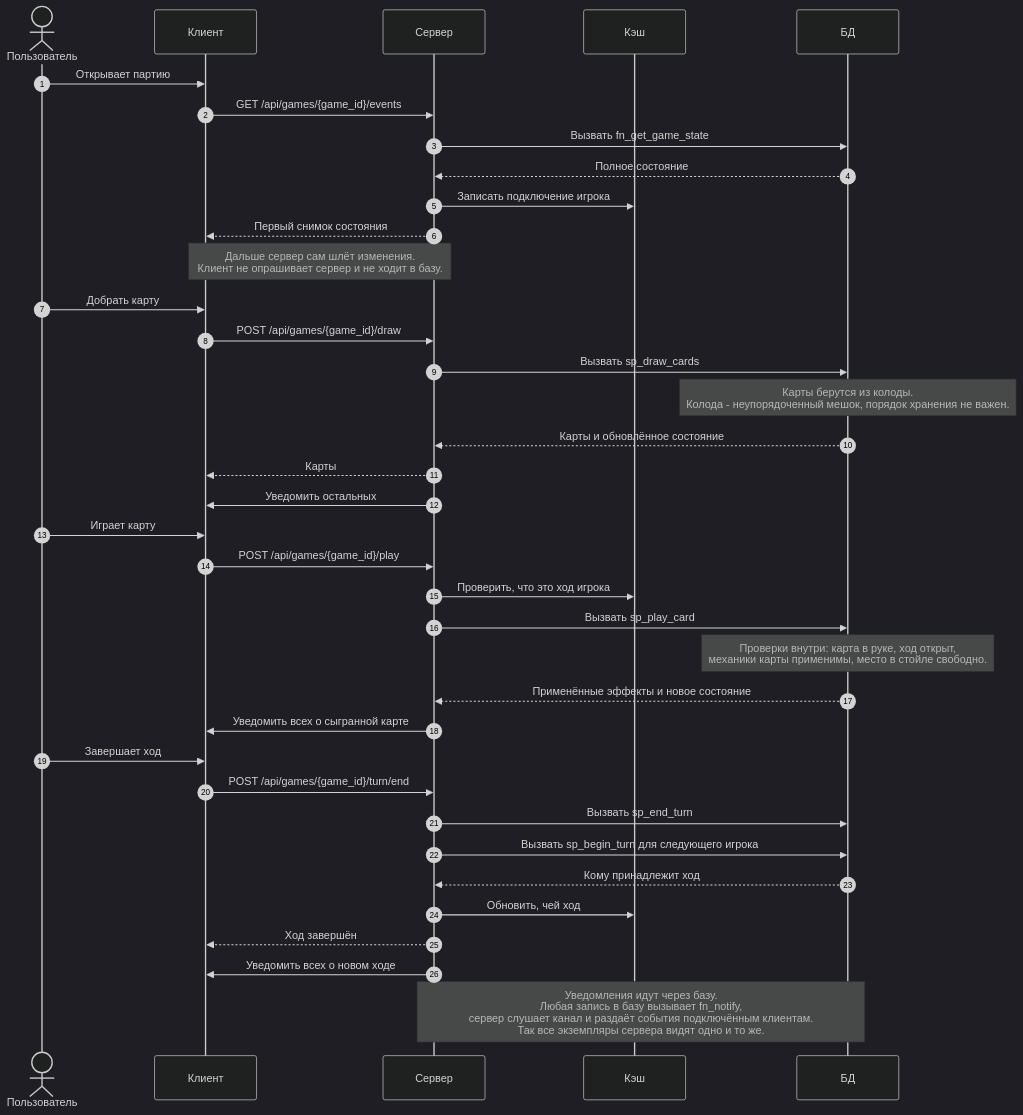
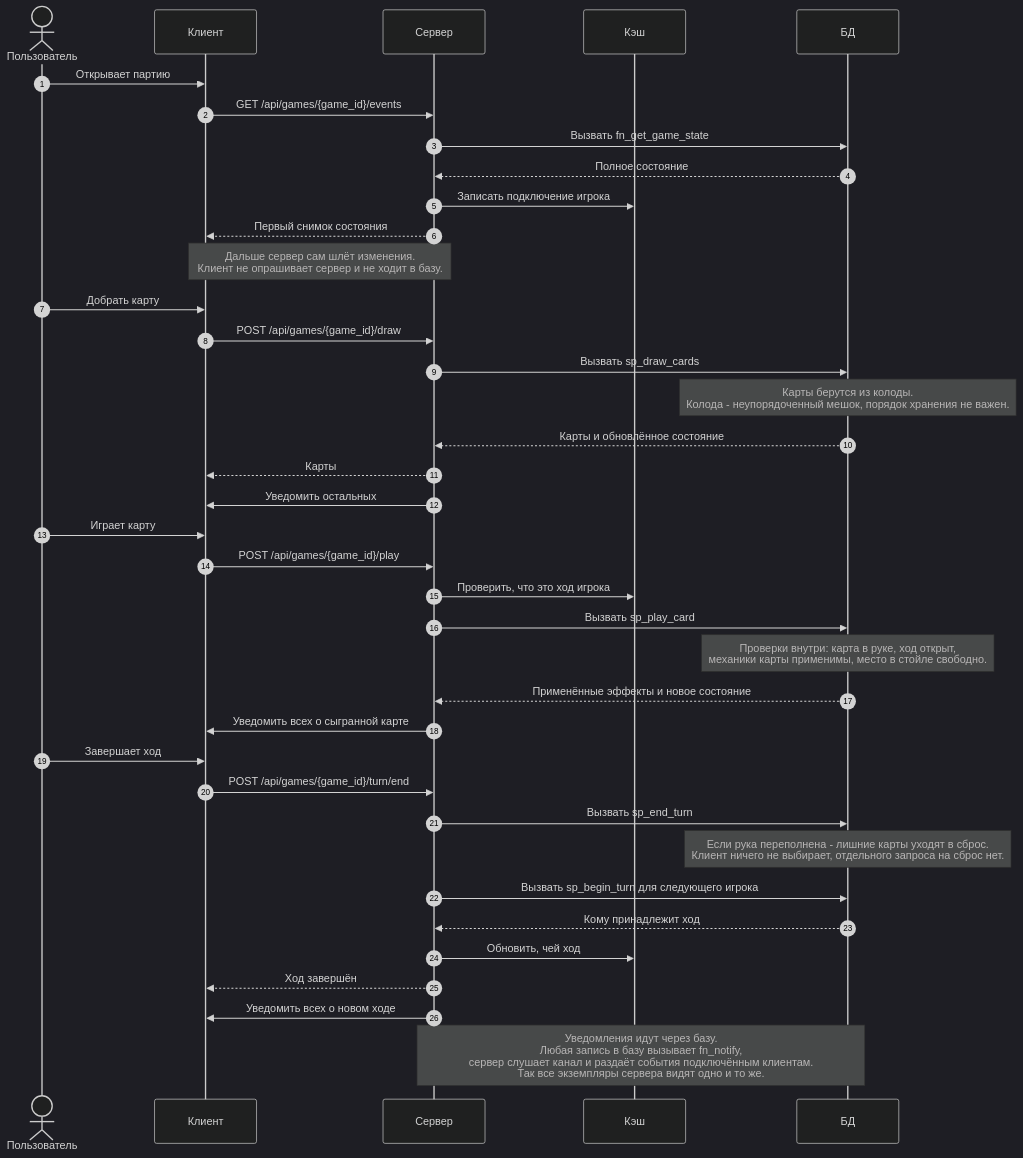
One commit to docup1/edin-game changed the diagram in diagrams/03-turn.mmd. Above: the diagram before and after it, drawn with Mermaid (dark theme). The commit also changed 5 other files, not shown here.

```diff
--- a/diagrams/03-turn.mmd
+++ b/diagrams/03-turn.mmd
@@ -1,43 +1,44 @@
 %% Основной игровой цикл: подписка на события, добор, сыгрыш карты, конец хода.
 sequenceDiagram
     autonumber
     actor U as Пользователь
     participant C as Клиент
     participant S as Сервер
     participant K as Кэш
     participant D as БД
 
     U->>C: Открывает партию
     C->>S: GET /api/games/{game_id}/events
     S->>D: Вызвать fn_get_game_state
     D-->>S: Полное состояние
     S->>K: Записать подключение игрока
     S-->>C: Первый снимок состояния
     Note over S,C: Дальше сервер сам шлёт изменения.<br/>Клиент не опрашивает сервер и не ходит в базу.
 
     U->>C: Добрать карту
     C->>S: POST /api/games/{game_id}/draw
     S->>D: Вызвать sp_draw_cards
     Note over D: Карты берутся из колоды.<br/>Колода - неупорядоченный мешок, порядок хранения не важен.
     D-->>S: Карты и обновлённое состояние
     S-->>C: Карты
     S->>C: Уведомить остальных
 
     U->>C: Играет карту
     C->>S: POST /api/games/{game_id}/play
     S->>K: Проверить, что это ход игрока
     S->>D: Вызвать sp_play_card
     Note over D: Проверки внутри: карта в руке, ход открыт,<br/>механики карты применимы, место в стойле свободно.
     D-->>S: Применённые эффекты и новое состояние
     S->>C: Уведомить всех о сыгранной карте
 
     U->>C: Завершает ход
     C->>S: POST /api/games/{game_id}/turn/end
     S->>D: Вызвать sp_end_turn
+    Note over D: Если рука переполнена - лишние карты уходят в сброс.<br/>Клиент ничего не выбирает, отдельного запроса на сброс нет.
     S->>D: Вызвать sp_begin_turn для следующего игрока
     D-->>S: Кому принадлежит ход
     S->>K: Обновить, чей ход
     S-->>C: Ход завершён
     S->>C: Уведомить всех о новом ходе
 
     Note over S,D: Уведомления идут через базу.<br/>Любая запись в базу вызывает fn_notify,<br/>сервер слушает канал и раздаёт события подключённым клиентам.<br/>Так все экземпляры сервера видят одно и то же.
```
